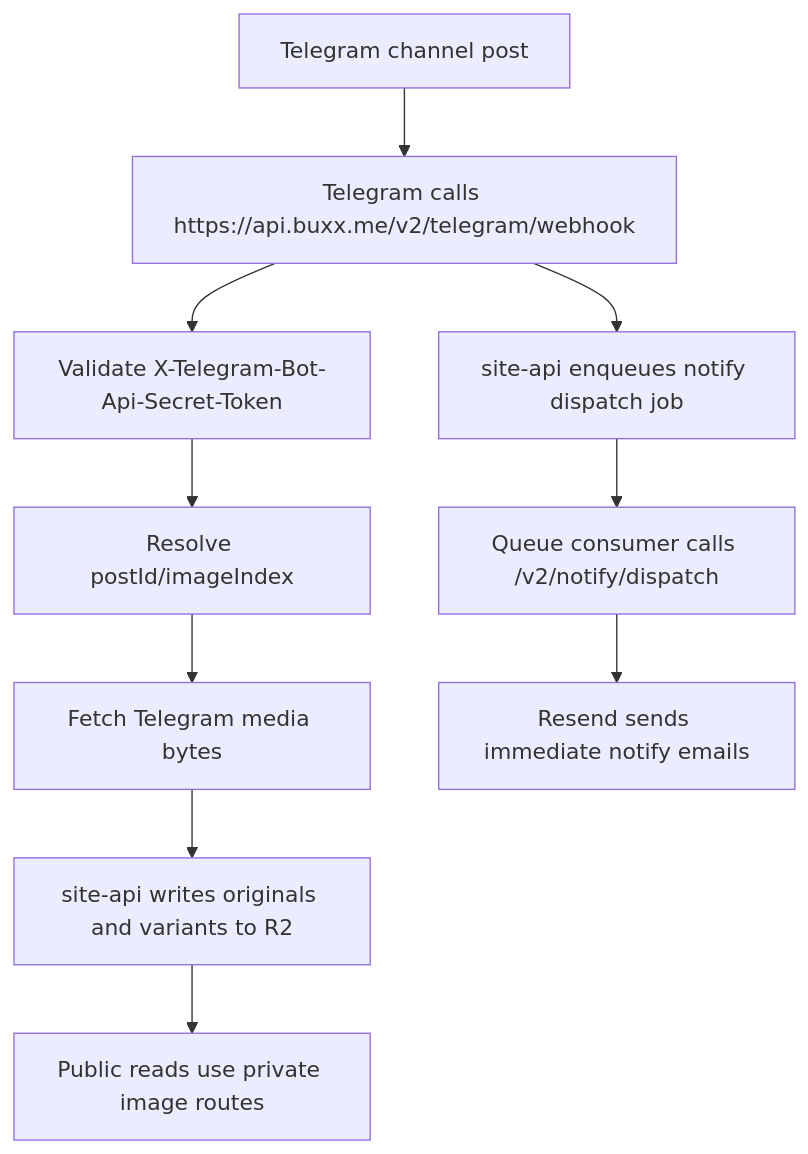
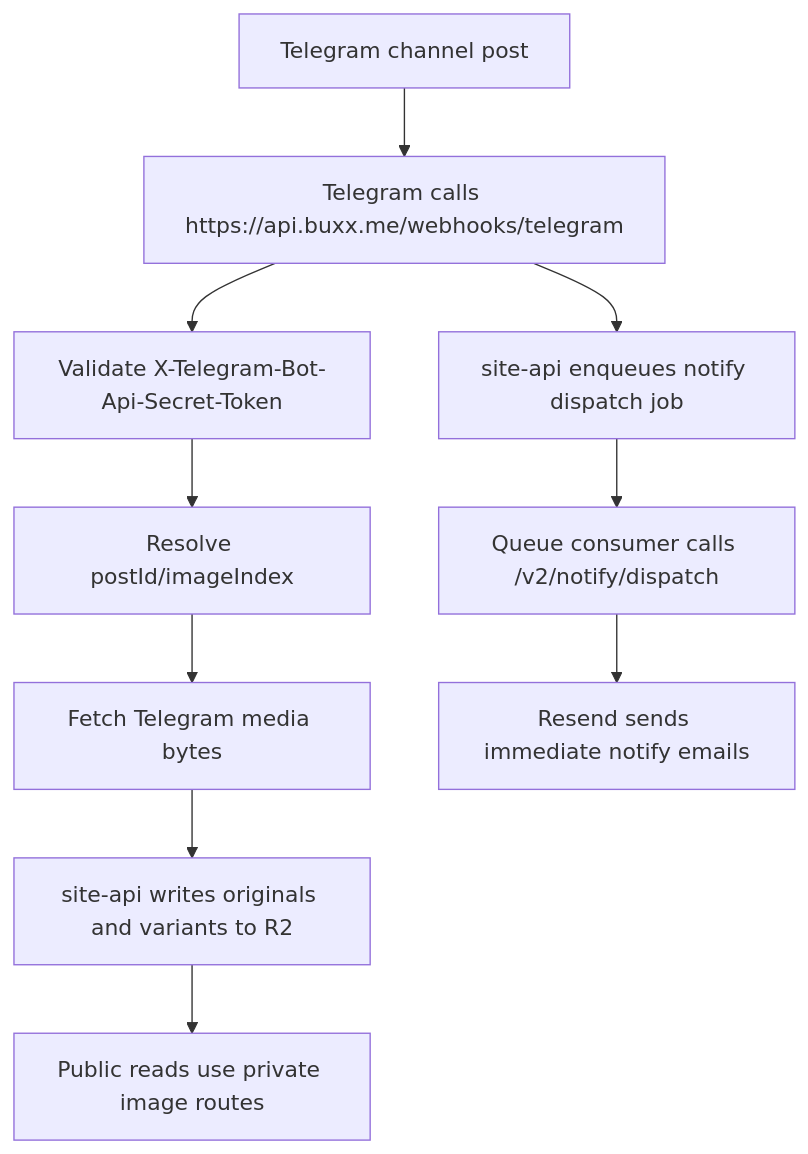
Before and after one commit to bunizao/site: the diagram in docs/TELEGRAM-PIPELINE.md, drawn with Mermaid. The commit also changed other lines of this file and 9 other files, not shown here.

Commit message:
fix: align telegram webhook health route

````diff
--- a/docs/TELEGRAM-PIPELINE.md
+++ b/docs/TELEGRAM-PIPELINE.md
@@ -16,12 +16,12 @@
 ```mermaid
 flowchart TD
-  A["Telegram channel post"] --> B["Telegram calls https://api.buxx.me/v2/telegram/webhook"]
+  A["Telegram channel post"] --> B["Telegram calls https://api.buxx.me/webhooks/telegram"]
   B --> C["Validate X-Telegram-Bot-Api-Secret-Token"]
   C --> D["Resolve postId/imageIndex"]
   D --> E["Fetch Telegram media bytes"]
   E --> F["site-api writes originals and variants to R2"]
   F --> G["Public reads use private image routes"]
   B --> H["site-api enqueues notify dispatch job"]
   H --> I["Queue consumer calls /v2/notify/dispatch"]
   I --> J["Resend sends immediate notify emails"]
 ```
````
